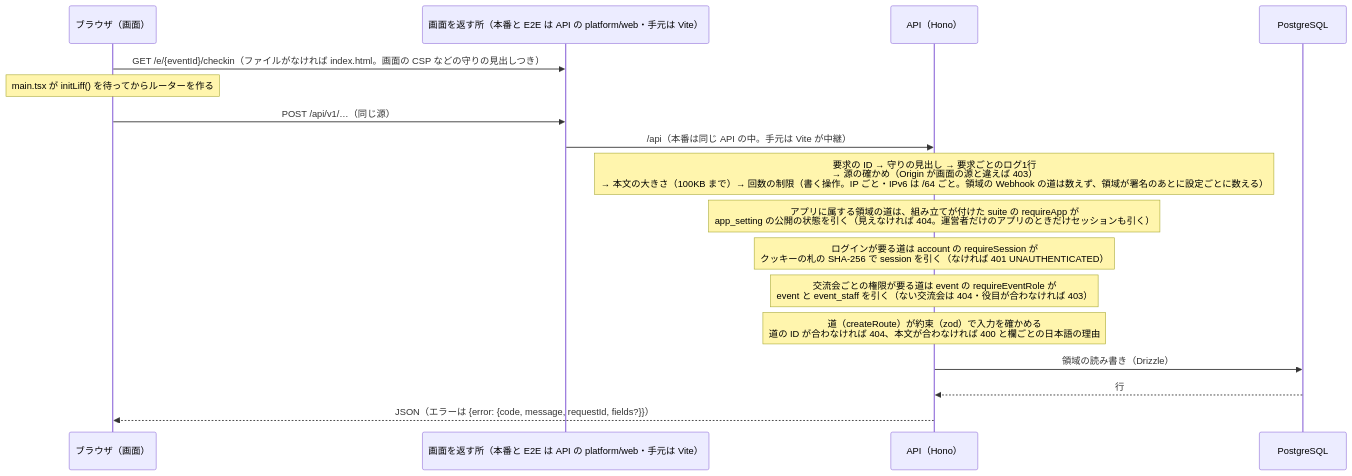
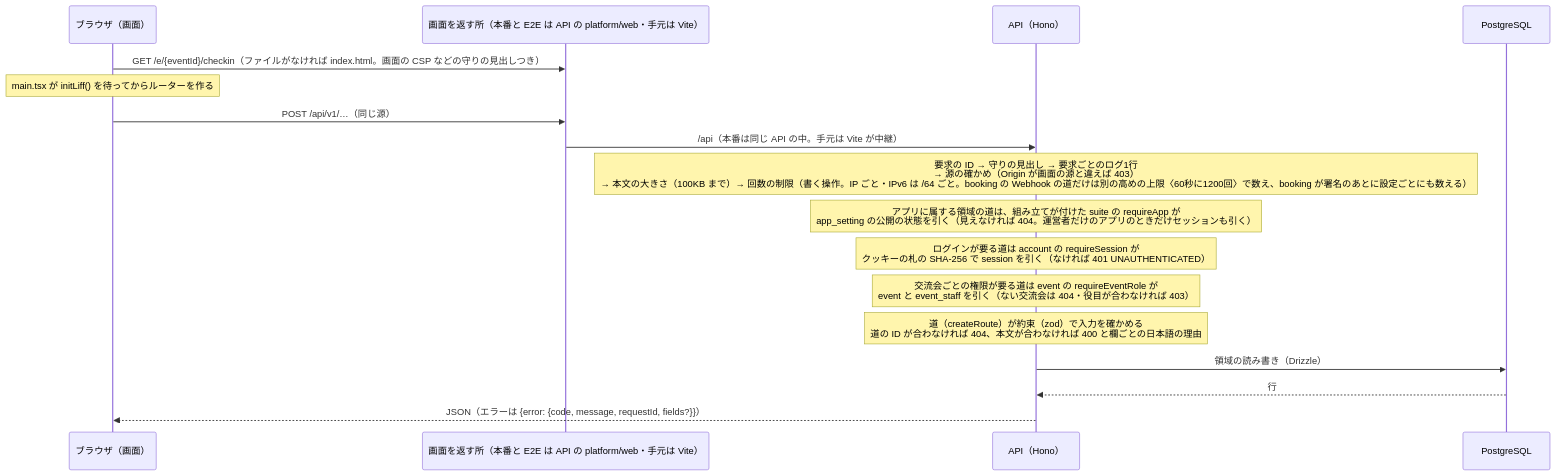
Before and after one commit to takumi-okuya-dev/kanaeru-apps: the third of 3 diagrams in docs/architecture.md, drawn with Mermaid. The commit also changed 6 other files, not shown here.

First line of the commit message:
fix(core): 回数の制限から外す Webhook の道を booking だけに狭め、その道に IP ごとの別の高めの上限をかける（booking-002）

````diff
--- a/docs/architecture.md
+++ b/docs/architecture.md
@@ -123,19 +123,19 @@
 ```mermaid
 sequenceDiagram
   participant B as ブラウザ（画面）
   participant V as 画面を返す所（本番と E2E は API の platform/web・手元は Vite）
   participant A as API（Hono）
   participant D as PostgreSQL
   B->>V: GET /e/{eventId}/checkin（ファイルがなければ index.html。画面の CSP などの守りの見出しつき）
   Note over B: main.tsx が initLiff() を待ってからルーターを作る
   B->>V: POST /api/v1/…（同じ源）
   V->>A: /api（本番は同じ API の中。手元は Vite が中継）
-  Note over A: 要求の ID → 守りの見出し → 要求ごとのログ1行<br/>→ 源の確かめ（Origin が画面の源と違えば 403）<br/>→ 本文の大きさ（100KB まで）→ 回数の制限（書く操作。IP ごと・IPv6 は /64 ごと。領域の Webhook の道は数えず、領域が署名のあとに設定ごとに数える）
+  Note over A: 要求の ID → 守りの見出し → 要求ごとのログ1行<br/>→ 源の確かめ（Origin が画面の源と違えば 403）<br/>→ 本文の大きさ（100KB まで）→ 回数の制限（書く操作。IP ごと・IPv6 は /64 ごと。booking の Webhook の道だけは別の高めの上限〈60秒に1200回〉で数え、booking が署名のあとに設定ごとにも数える）
   Note over A: アプリに属する領域の道は、組み立てが付けた suite の requireApp が<br/>app_setting の公開の状態を引く（見えなければ 404。運営者だけのアプリのときだけセッションも引く）
   Note over A: ログインが要る道は account の requireSession が<br/>クッキーの札の SHA-256 で session を引く（なければ 401 UNAUTHENTICATED）
   Note over A: 交流会ごとの権限が要る道は event の requireEventRole が<br/>event と event_staff を引く（ない交流会は 404・役目が合わなければ 403）
   Note over A: 道（createRoute）が約束（zod）で入力を確かめる<br/>道の ID が合わなければ 404、本文が合わなければ 400 と欄ごとの日本語の理由
   A->>D: 領域の読み書き（Drizzle）
   D-->>A: 行
   A-->>B: JSON（エラーは {error: {code, message, requestId, fields?}}）
 ```
````
